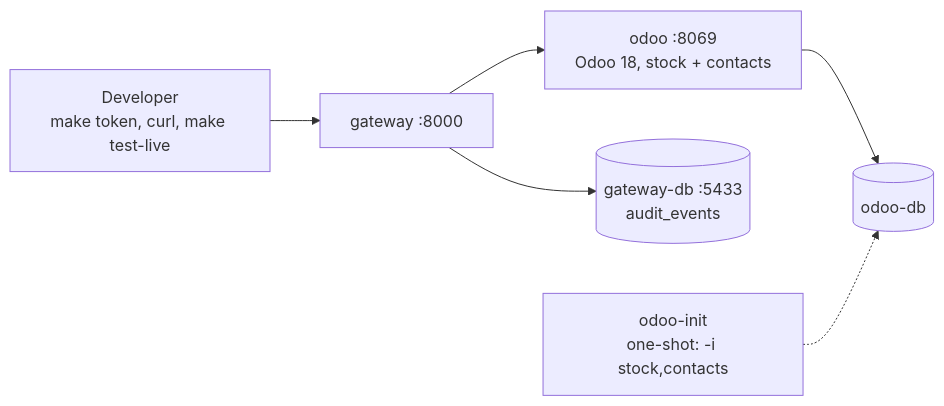
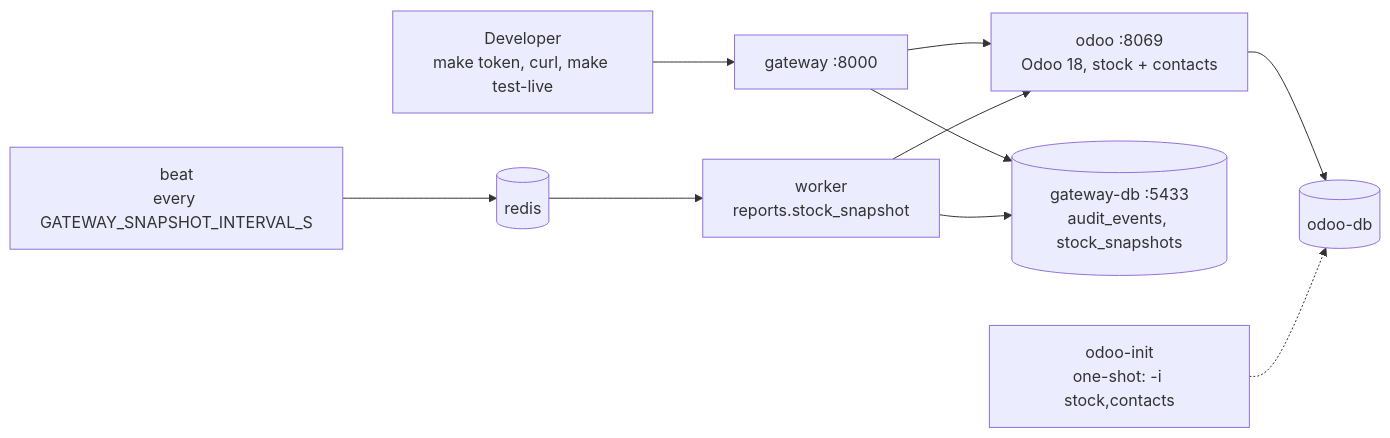
The third of 3 diagrams in docs/architecture.md (sergeonito/odoo-gateway), drawn with Mermaid before and after one commit. The commit also changed other lines of this file and 9 other files, not shown here.

Commit message:
Scheduled stock snapshot: Celery worker + beat + Redis in the compose stack

````diff
--- a/docs/architecture.md
+++ b/docs/architecture.md
@@ -126,9 +136,13 @@
 ```mermaid
 flowchart LR
     dev["Developer<br/>make token, curl, make test-live"]
     dev --> gw[gateway :8000]
     gw --> odoo["odoo :8069<br/>Odoo 18, stock + contacts"]
-    gw --> gwdb[(gateway-db :5433<br/>audit_events)]
+    gw --> gwdb[(gateway-db :5433<br/>audit_events, stock_snapshots)]
     odoo --> odoodb[(odoo-db)]
     init["odoo-init<br/>one-shot: -i stock,contacts"] -.-> odoodb
+    beat["beat<br/>every GATEWAY_SNAPSHOT_INTERVAL_S"] --> redis[(redis)]
+    redis --> worker["worker<br/>reports.stock_snapshot"]
+    worker --> odoo
+    worker --> gwdb
 ```
````
